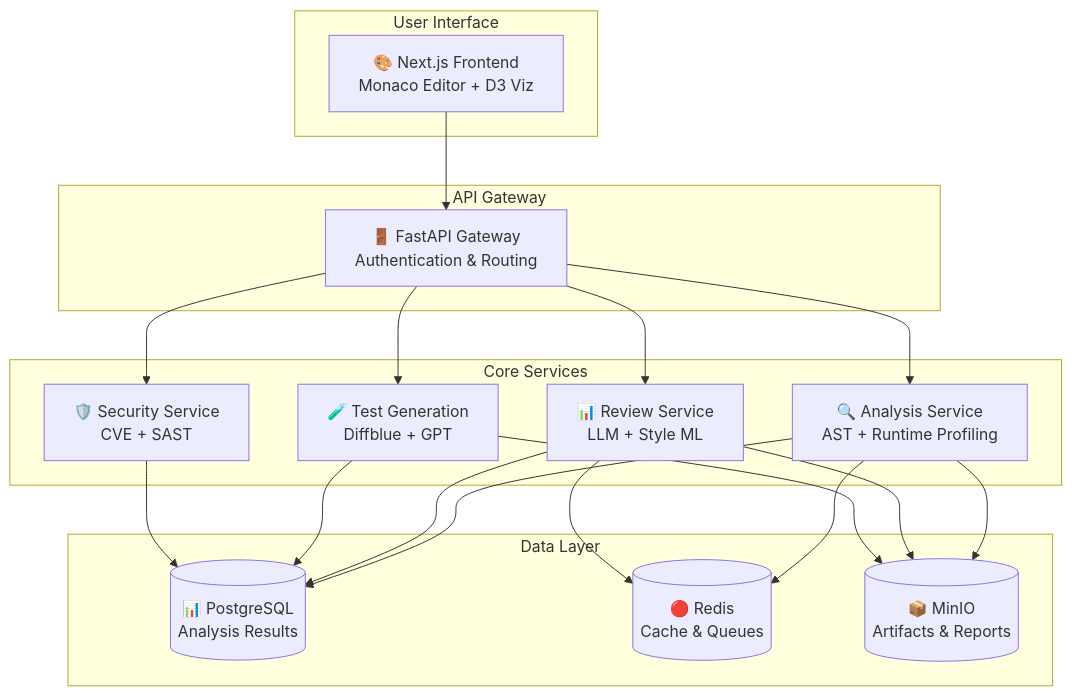
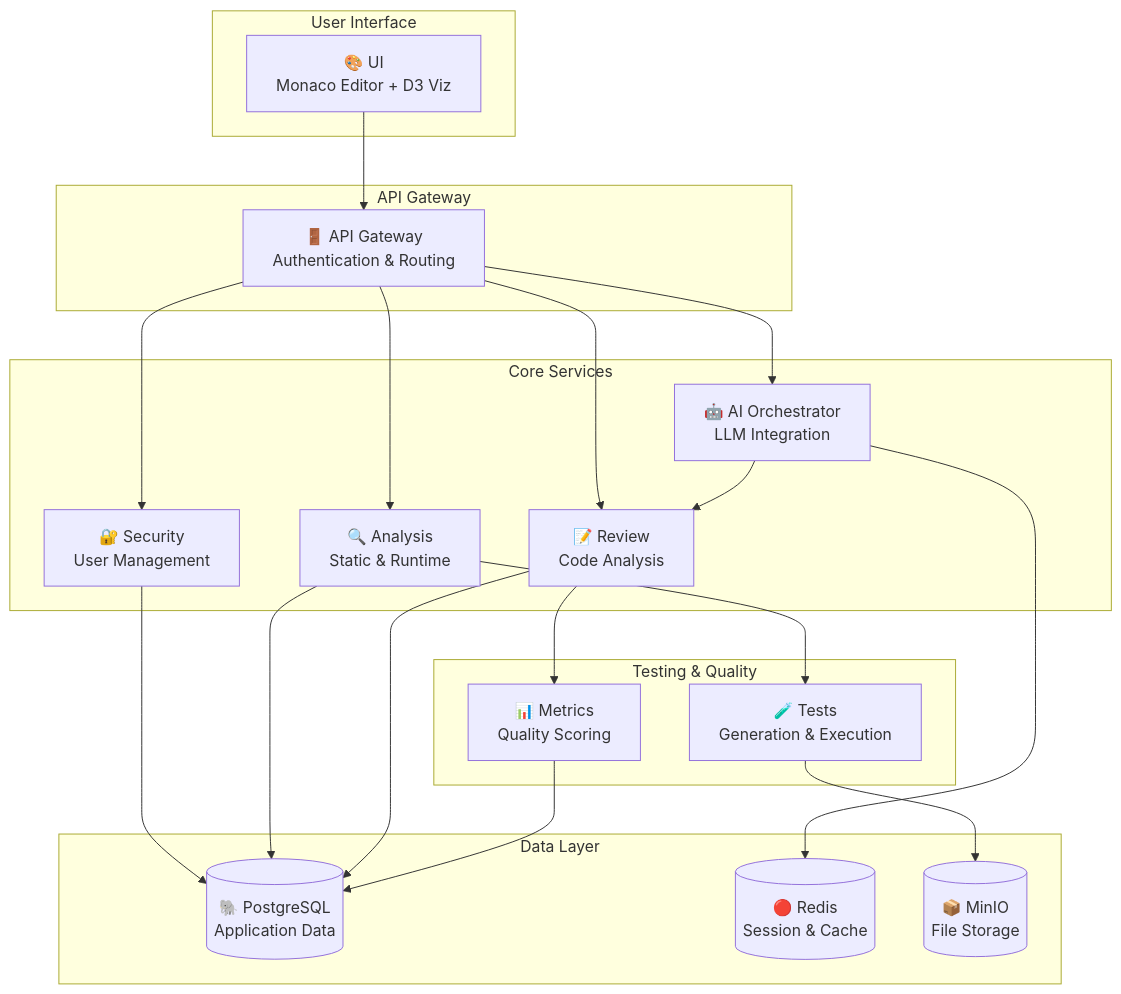
One commit to Cyril-36/Codie changed the diagram in README.md. Above: the diagram before and after it, drawn with Mermaid. The commit also changed other lines of this file, not shown here.

Commit message:
docs: simplify README (remove banner, trim badges, clarify architecture labels, remove footer)

````diff
--- a/README.md
+++ b/README.md
@@ -35,41 +24,45 @@
 ```mermaid
 graph TB
     subgraph "User Interface"
-        UI["🎨 Next.js Frontend<br/>Monaco Editor + D3 Viz"]
+        UI["🎨 UI<br/>Monaco Editor + D3 Viz"]
     end
     
     subgraph "API Gateway"
-        GW["🚪 FastAPI Gateway<br/>Authentication & Routing"]
+        GW["🚪 API Gateway<br/>Authentication & Routing"]
     end
     
     subgraph "Core Services"
-        AS["🔍 Analysis Service<br/>AST + Runtime Profiling"]
-        RS["📊 Review Service<br/>LLM + Style ML"]
-        TS["🧪 Test Generation<br/>Diffblue + GPT"]
-        SS["🛡️ Security Service<br/>CVE + SAST"]
+        AUTH["🔐 Security<br/>User Management"]
+        ANALYSIS["🔍 Analysis<br/>Static & Runtime"]
+        AI["🤖 AI Orchestrator<br/>LLM Integration"]
+        REVIEW["📝 Review<br/>Code Analysis"]
+    end
+    
+    subgraph "Testing & Quality"
+        TEST["🧪 Tests<br/>Generation & Execution"]
+        METRICS["📊 Metrics<br/>Quality Scoring"]
     end
     
     subgraph "Data Layer"
-        PG[("📊 PostgreSQL<br/>Analysis Results")]
-        RD[("🔴 Redis<br/>Cache & Queues")]
-        S3[("📦 MinIO<br/>Artifacts & Reports")]
+        DB[("🐘 PostgreSQL<br/>Application Data")]
+        CACHE[("🔴 Redis<br/>Session & Cache")]
+        STORAGE[("📦 MinIO<br/>File Storage")]
     end
     
     UI --> GW
-    GW --> AS
-    GW --> RS
-    GW --> TS
-    GW --> SS
+    GW --> AUTH
+    GW --> ANALYSIS
+    GW --> AI
+    GW --> REVIEW
     
-    AS --> PG
-    RS --> PG
-    TS --> PG
-    SS --> PG
+    ANALYSIS --> TEST
+    AI --> REVIEW
+    REVIEW --> METRICS
     
-    AS --> RD
-    RS --> RD
-    
-    AS --> S3
-    RS --> S3
-    TS --> S3
+    AUTH --> DB
+    ANALYSIS --> DB
+    AI --> CACHE
+    REVIEW --> DB
+    TEST --> STORAGE
+    METRICS --> DB
 ```
````
